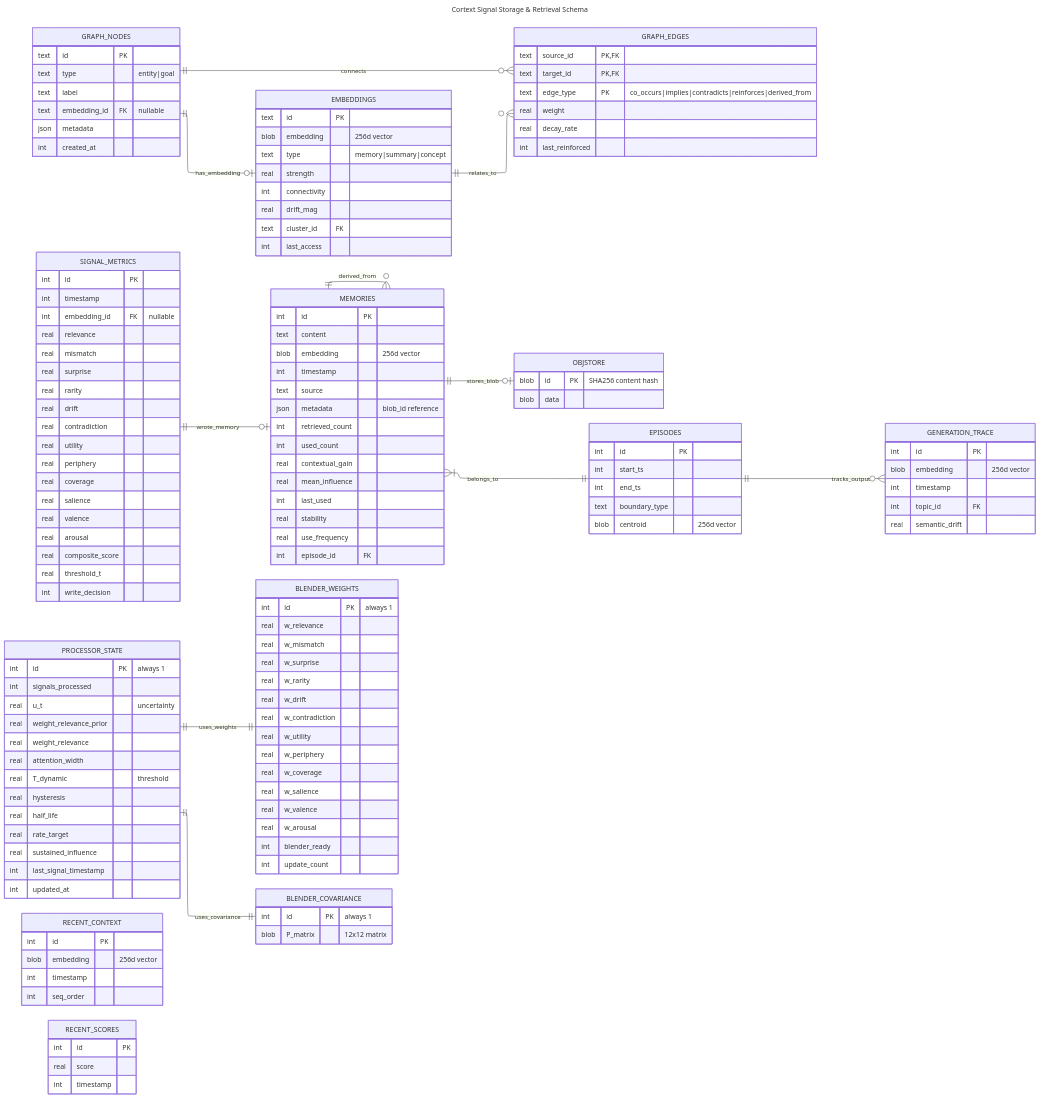
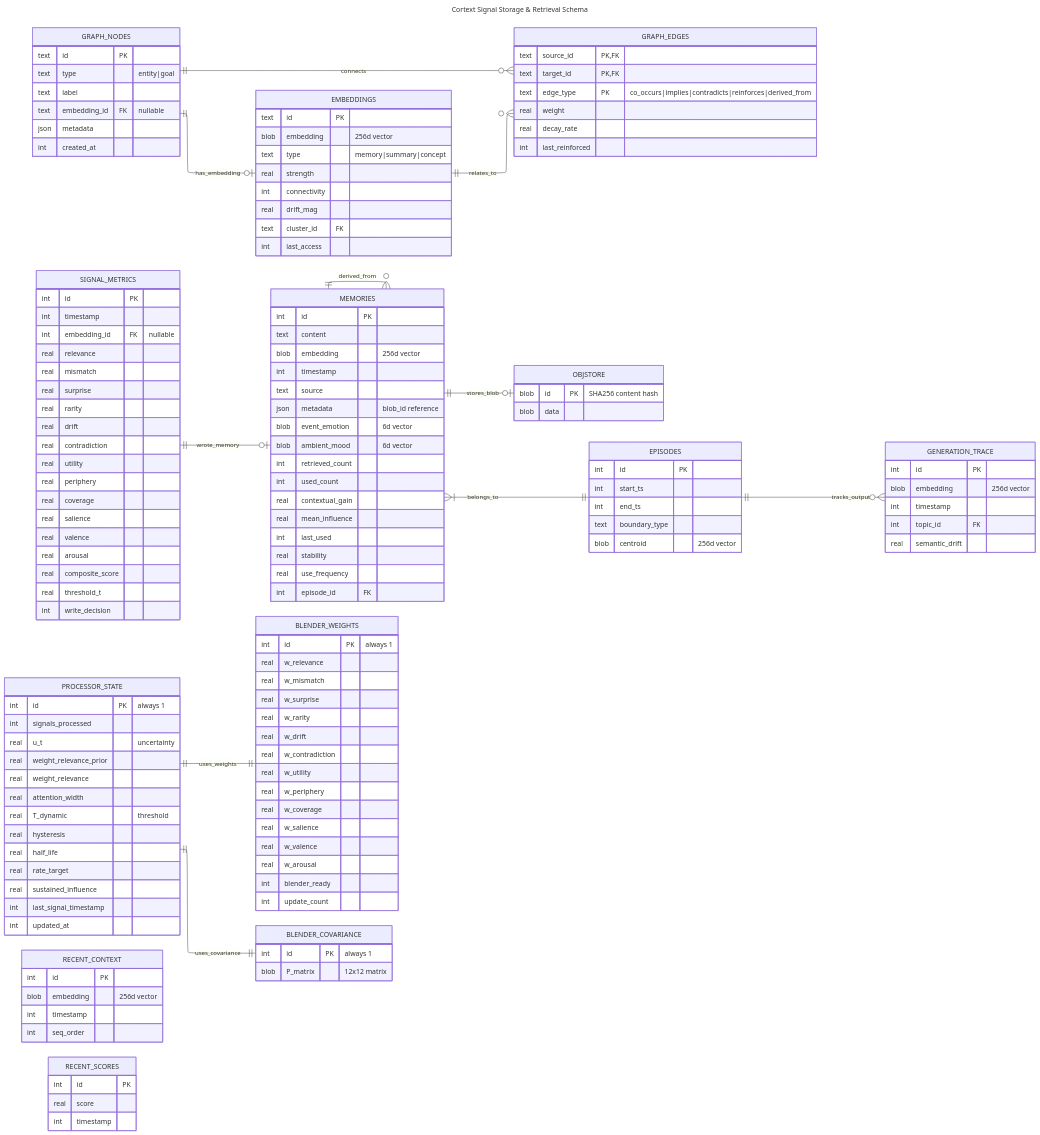
One commit to augmem/cortext.cpp changed the diagram in docs/diagrams/database.md. Above: the diagram before and after it, drawn with Mermaid. The commit also changed other lines of this file and 51 other files, not shown here.

```diff
--- a/docs/diagrams/database.md
+++ b/docs/diagrams/database.md
@@ -37,6 +37,8 @@
         int timestamp
         text source
         json metadata "blob_id reference"
+        blob event_emotion "6d vector"
+        blob ambient_mood "6d vector"
         int retrieved_count
         int used_count
         real contextual_gain
```
